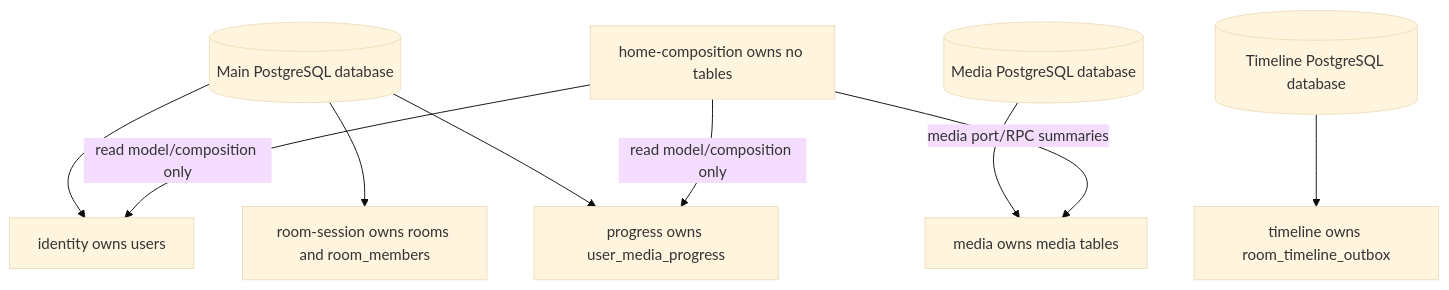
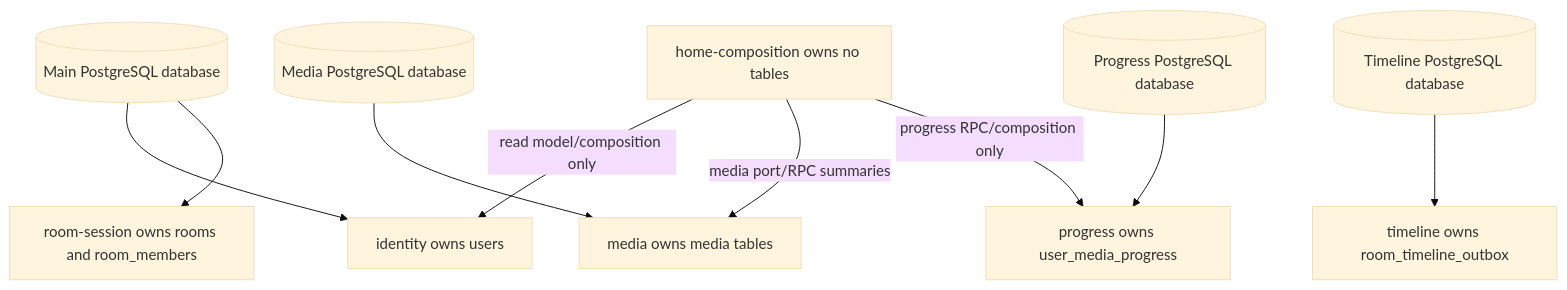
The second of 9 diagrams in docs/distributed-architecture.md (sunboyZgz/watch_together), drawn with Mermaid (base theme) before and after one commit. The commit also changed other lines of this file and 35 other files, not shown here.

````diff
--- a/docs/distributed-architecture.md
+++ b/docs/distributed-architecture.md
@@ -86,21 +109,22 @@
 ```mermaid
 flowchart TD
   MainPG[(Main PostgreSQL database)]
   MediaPG[(Media PostgreSQL database)]
+  ProgressPG[(Progress PostgreSQL database)]
   TimelinePG[(Timeline PostgreSQL database)]
   Identity[identity owns users]
   Media[media owns media tables]
   RoomSession[room-session owns rooms and room_members]
   Progress[progress owns user_media_progress]
   Timeline[timeline owns room_timeline_outbox]
   Home[home-composition owns no tables]
 
   MainPG --> Identity
   MediaPG --> Media
   MainPG --> RoomSession
-  MainPG --> Progress
+  ProgressPG --> Progress
   TimelinePG --> Timeline
   Home -->|read model/composition only| Identity
   Home -->|media port/RPC summaries| Media
-  Home -->|read model/composition only| Progress
+  Home -->|progress RPC/composition only| Progress
 ```
````
